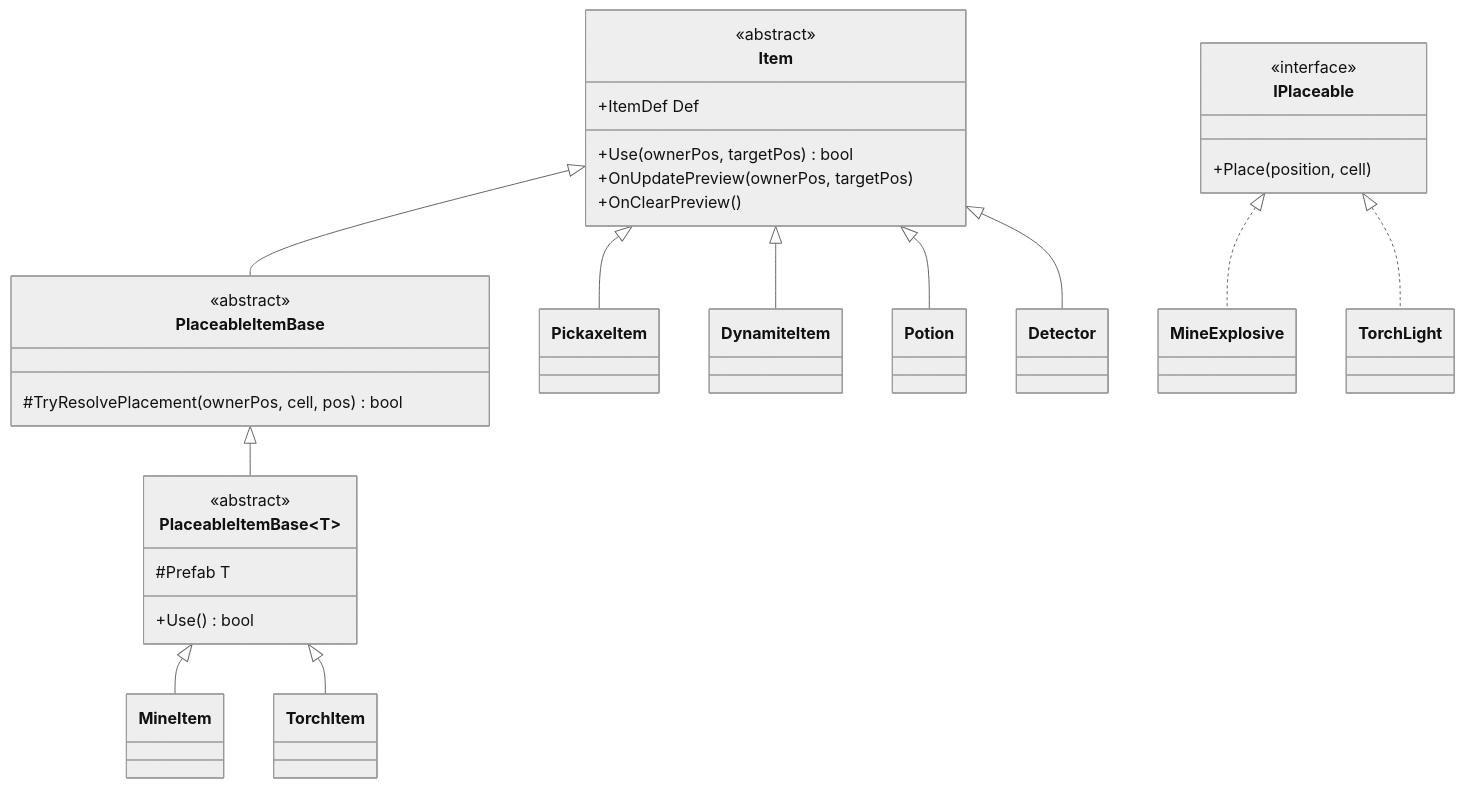
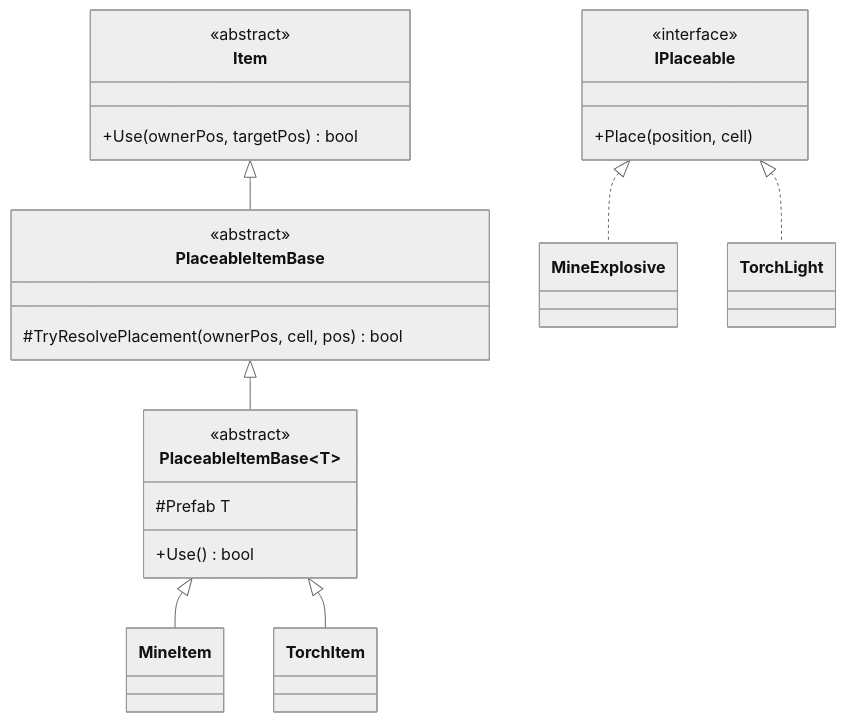
The fourth of 5 diagrams in src/2-FolkSack/기술문서_초안_아이템시스템.md (parksooha102-ai/portfolio), drawn with Mermaid (neutral theme) before and after one commit. The commit also changed other lines of this file and 1 other file, not shown here.

````diff
--- a/src/2-FolkSack/기술문서_초안_아이템시스템.md
+++ b/src/2-FolkSack/기술문서_초안_아이템시스템.md
@@ -182,33 +450,26 @@
 ```mermaid
 classDiagram
     class Item {
         <<abstract>>
-        +ItemDef Def
         +Use(ownerPos, targetPos) bool
-        +OnUpdatePreview(ownerPos, targetPos)
-        +OnClearPreview()
     }
     class PlaceableItemBase {
         <<abstract>>
         #TryResolvePlacement(ownerPos, cell, pos) bool
     }
     class PlaceableItemBaseT["PlaceableItemBase&lt;T&gt;"] {
         <<abstract>>
         #Prefab T
         +Use() bool
     }
     class IPlaceable {
         <<interface>>
         +Place(position, cell)
     }
-    Item <|-- PickaxeItem
-    Item <|-- DynamiteItem
-    Item <|-- Potion
-    Item <|-- Detector
     Item <|-- PlaceableItemBase
     PlaceableItemBase <|-- PlaceableItemBaseT
     PlaceableItemBaseT <|-- MineItem
     PlaceableItemBaseT <|-- TorchItem
     IPlaceable <|.. MineExplosive
     IPlaceable <|.. TorchLight
 ```
````
